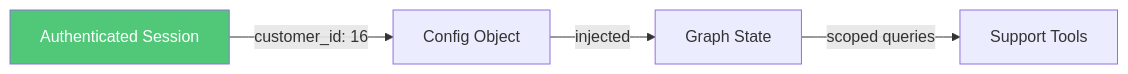
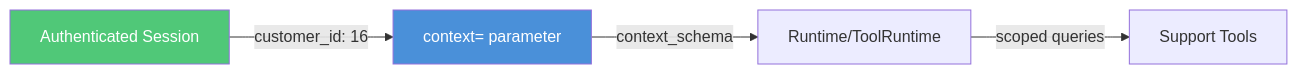
One commit to scarolan/music_store_assistant changed the eighth of 10 diagrams in ARCHITECTURE.md. Above: the diagram before and after it, drawn with Mermaid. The commit also changed other lines of this file and 13 other files, not shown here.

First line of the commit message:
feat: Implement secure context_schema pattern for customer_id

````diff
--- a/ARCHITECTURE.md
+++ b/ARCHITECTURE.md
@@ -303,13 +307,14 @@
 ```mermaid
 flowchart LR
     session["Authenticated Session"]
-    config["Config Object"]
-    state["Graph State"]
+    context["context= parameter"]
+    runtime["Runtime/ToolRuntime"]
     tools["Support Tools"]
     
-    session -->|"customer_id: 16"| config
-    config -->|"injected"| state
-    state -->|"scoped queries"| tools
+    session -->|"customer_id: 16"| context
+    context -->|"context_schema"| runtime
+    runtime -->|"scoped queries"| tools
     
     style session fill:#50c878,color:#fff
+    style context fill:#4a90d9,color:#fff
 ```
````
